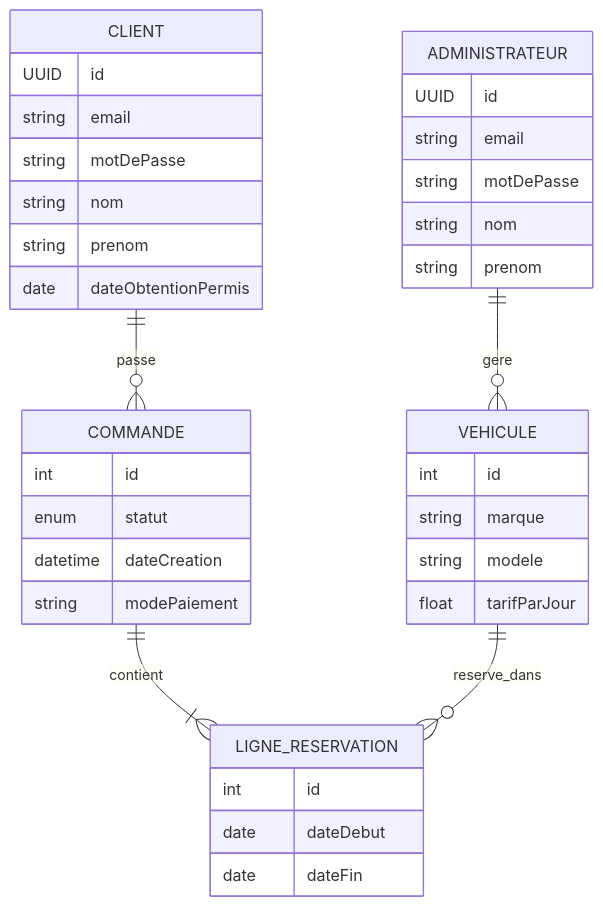
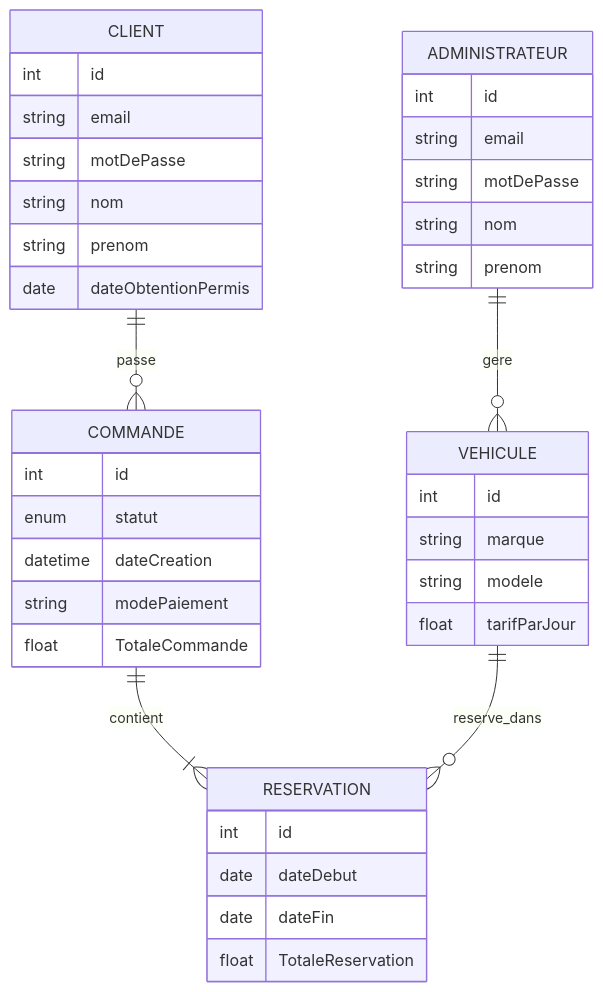
The diagram in test.mmd (Samisann/back-end_renforcement), drawn with Mermaid before and after one commit. The commit also changed 7 other files, not shown here.

```diff
--- a/test.mmd
+++ b/test.mmd
@@ -1,42 +1,44 @@
 erDiagram
     CLIENT ||--o{ COMMANDE : passe
     ADMINISTRATEUR ||--o{ VEHICULE : gere
-    COMMANDE ||--|{ LIGNE_RESERVATION : contient
-    VEHICULE ||--o{ LIGNE_RESERVATION : reserve_dans
+    COMMANDE ||--|{ RESERVATION : contient
+    VEHICULE ||--o{ RESERVATION : reserve_dans
 
     CLIENT {
-        UUID id
+        int id
         string email
         string motDePasse
         string nom
         string prenom
         date dateObtentionPermis
     }
 
     ADMINISTRATEUR {
-        UUID id
+        int id
         string email
         string motDePasse
         string nom
         string prenom
     }
 
     VEHICULE {
         int id
         string marque
         string modele
         float tarifParJour
     }
 
     COMMANDE {
         int id
         enum statut
         datetime dateCreation
         string modePaiement
+        float TotaleCommande
     }
 
-    LIGNE_RESERVATION {
+    RESERVATION {
         int id
         date dateDebut
         date dateFin
+        float TotaleReservation
     }
```
